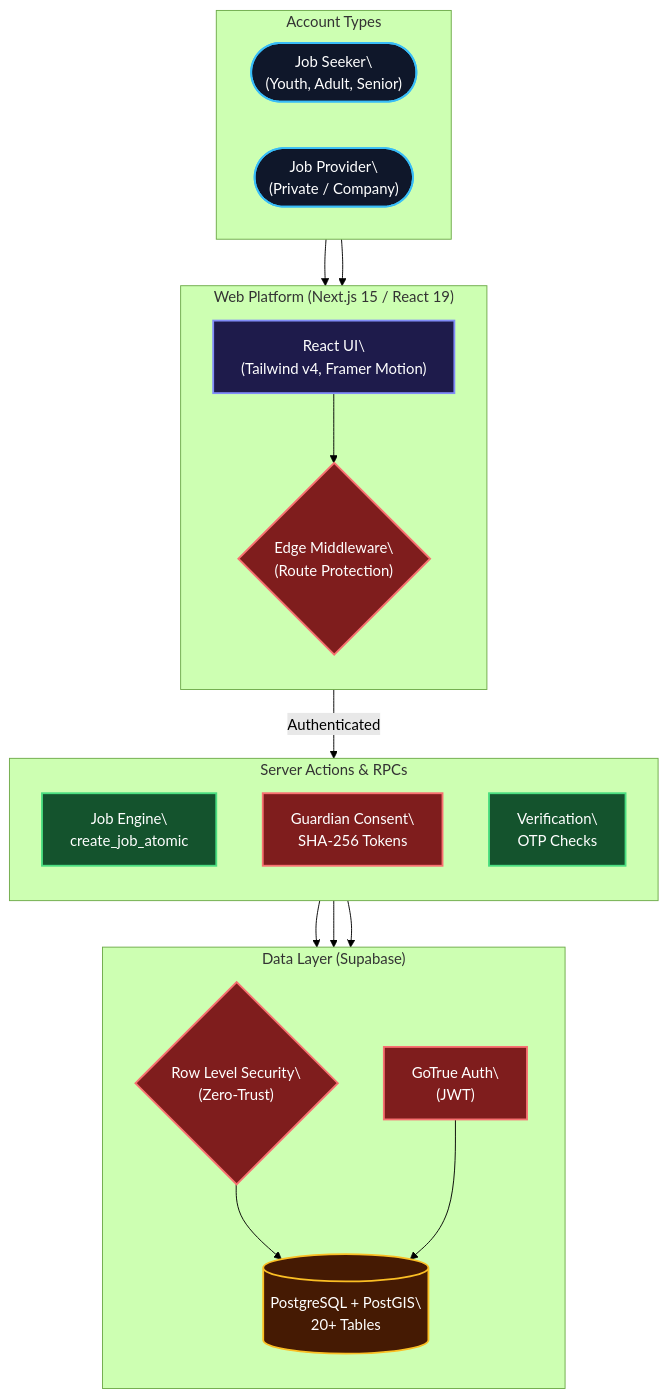
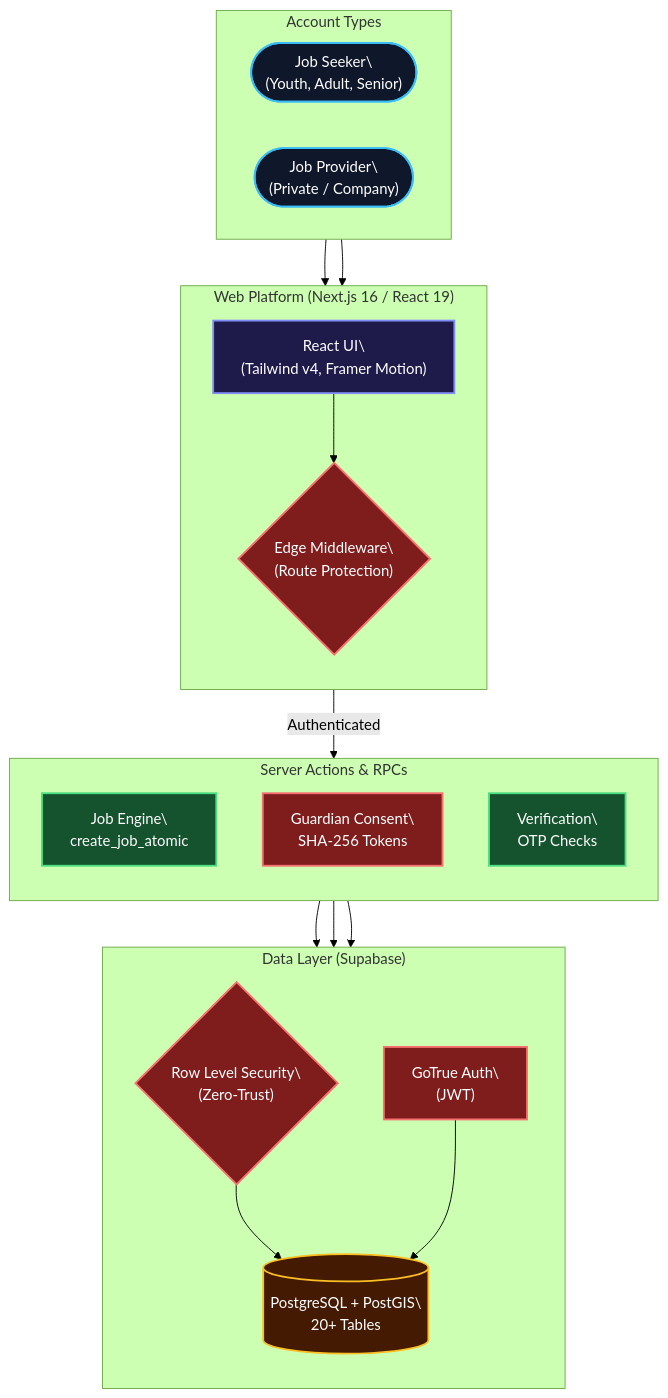
One commit to workfa-re/app changed the second of 2 diagrams in README.md. Above: the diagram before and after it, drawn with Mermaid (forest theme). The commit also changed other lines of this file and 90 other files, not shown here.

````diff
--- a/README.md
+++ b/README.md
@@ -96,42 +98,42 @@
 ```mermaid
 flowchart TB
     classDef account fill:#0f172a,stroke:#38bdf8,stroke-width:2px,color:#fff
     classDef role fill:#312e81,stroke:#818cf8,stroke-width:2px,color:#fff
     classDef frontend fill:#1e1b4b,stroke:#818cf8,stroke-width:2px,color:#fff
     classDef core fill:#14532d,stroke:#4ade80,stroke-width:2px,color:#fff
     classDef data fill:#451a03,stroke:#fbbf24,stroke-width:2px,color:#fff
     classDef security fill:#7f1d1d,stroke:#f87171,stroke-width:2px,color:#fff
 
     subgraph Accounts ["Account Types"]
         direction LR
         Seeker(["Job Seeker\\n(Youth, Adult, Senior)"]):::account
         Provider(["Job Provider\\n(Private / Company)"]):::account
     end
 
-    subgraph Client ["Web Platform (Next.js 15 / React 19)"]
+    subgraph Client ["Web Platform (Next.js 16 / React 19)"]
         direction TB
         UI["React UI\\n(Tailwind v4, Framer Motion)"]:::frontend
         Edge{"Edge Middleware\\n(Route Protection)"}:::security
     end
 
     subgraph Server ["Server Actions & RPCs"]
         direction TB
         Jobs["Job Engine\\ncreate_job_atomic"]:::core
         GuardianFlow["Guardian Consent\\nSHA-256 Tokens"]:::security
         Verify["Verification\\nOTP Checks"]:::core
     end
 
     subgraph Data ["Data Layer (Supabase)"]
         direction TB
         Auth["GoTrue Auth\\n(JWT)"]:::security
         RLS{"Row Level Security\\n(Zero-Trust)"}:::security
         DB[("PostgreSQL + PostGIS\\n20+ Tables")]:::data
     end
 
     Seeker & Provider --> UI
     UI --> Edge
     Edge -->|"Authenticated"| Server
     Jobs & GuardianFlow & Verify --> RLS
     RLS --> DB
     Auth --> DB
 ```
````
